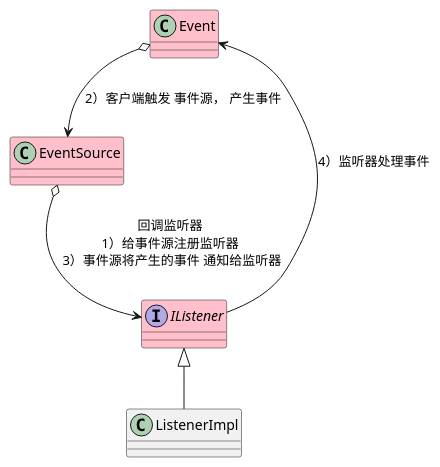
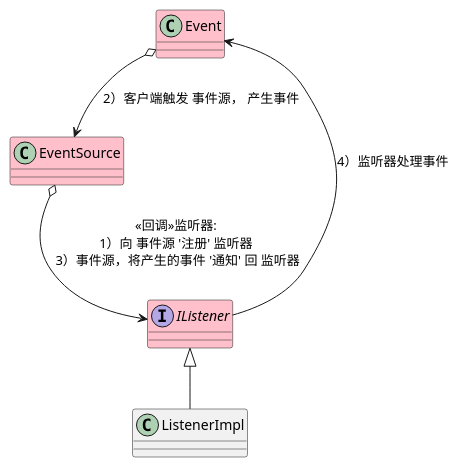
The diagram in src/main/java/my_demo/monitor/event/Listener.puml (wuxiongbo/design_patterns), drawn with PlantUML before and after one commit. The commit also changed 24 other files, not shown here.

```diff
--- a/src/main/java/my_demo/monitor/event/Listener.puml
+++ b/src/main/java/my_demo/monitor/event/Listener.puml
@@ -1,21 +1,21 @@
 @startuml
 'https://plantuml.com/class-diagram
 
 '回调思想
 '监听器 IListener  注册给  事件源 EventSource
 '事件源 EventSource  回调  监听器 IListener
 
 
 class Event #pink
 class EventSource #pink
 interface IListener #pink
 class ListenerImpl
 
 
-EventSource o--> IListener : 回调监听器\n 1）给事件源注册监听器 \n 3）事件源将产生的事件 通知给监听器
+EventSource o--> IListener : <<回调>>监听器:\n 1）向 事件源 '注册' 监听器 \n 3）事件源，将产生的事件 '通知' 回 监听器
 Event o--> EventSource : 2）客户端触发 事件源， 产生事件
 IListener <|-- ListenerImpl
 IListener --> Event : 4）监听器处理事件
 
 
 @enduml
```
